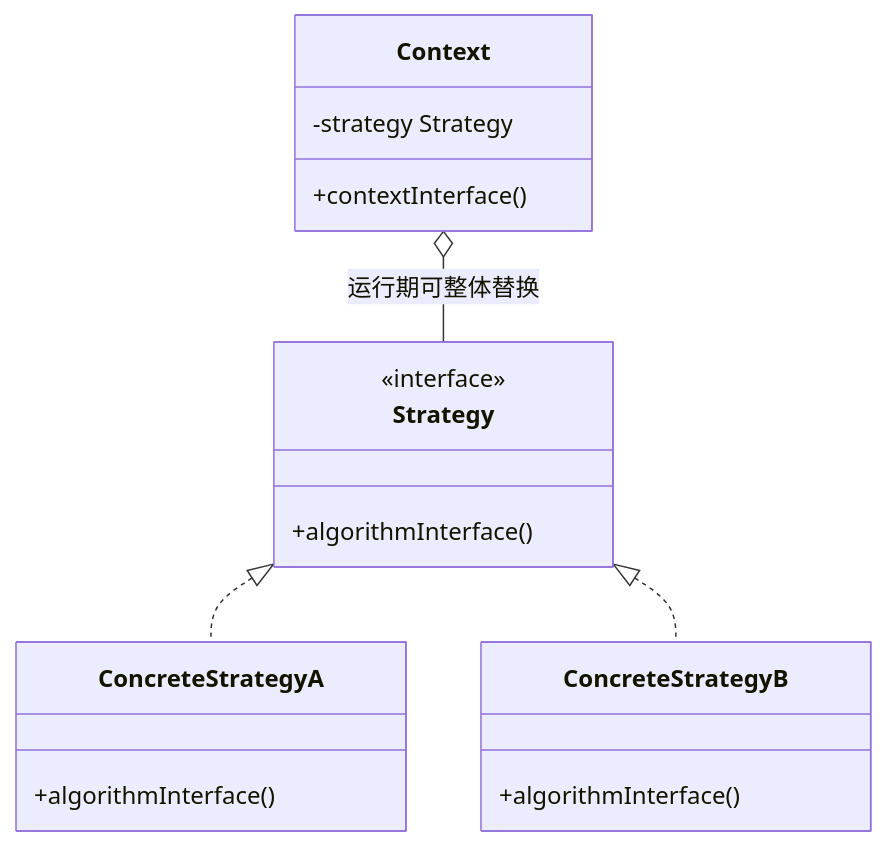
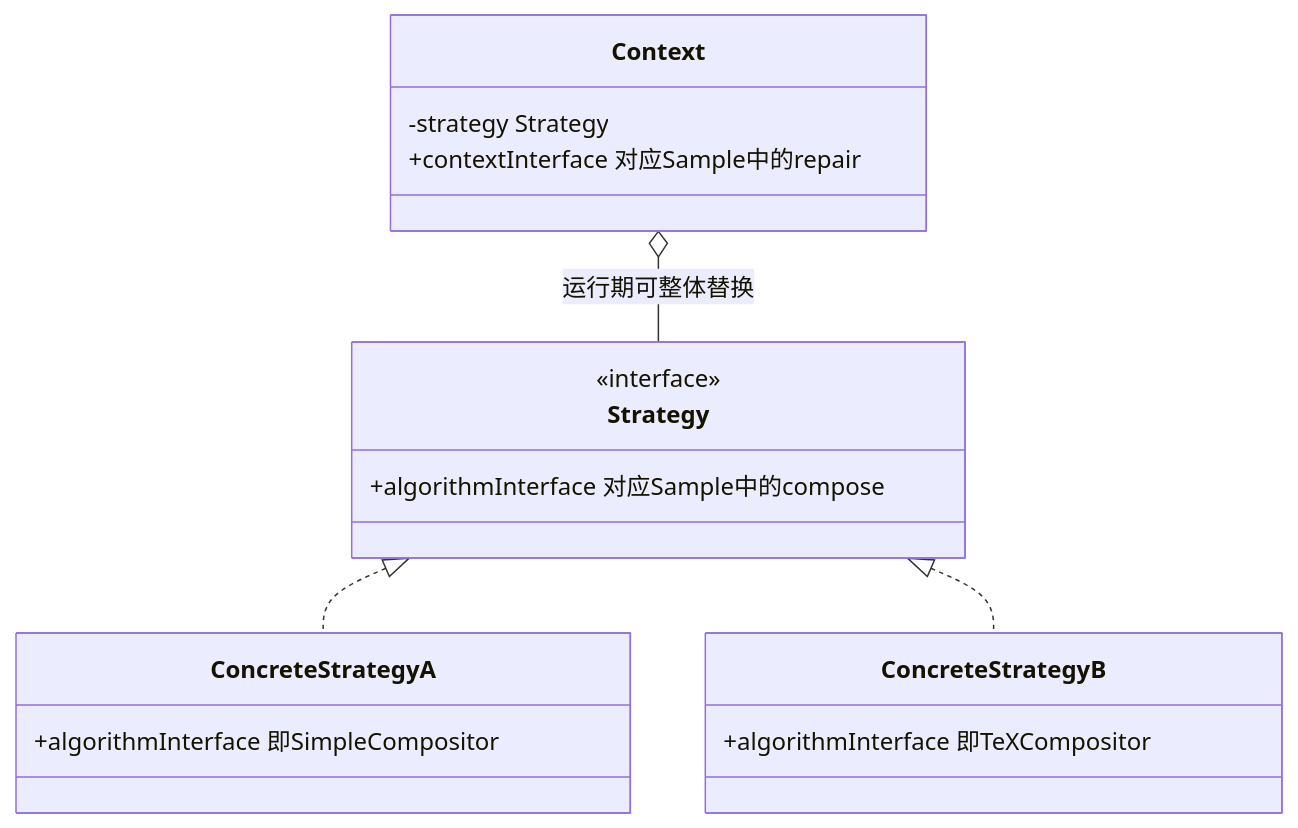
One commit to coswit/coswit.github.io changed the ninth of 11 diagrams in 设计模式/GoF/03-Behavioral-Patterns.md. Above: the diagram before and after it, drawn with Mermaid. The commit also changed other lines of this file and 11 other files, not shown here.

````diff
--- a/设计模式/GoF/03-Behavioral-Patterns.md
+++ b/设计模式/GoF/03-Behavioral-Patterns.md
@@ -1204,20 +1554,20 @@
 ```mermaid
 classDiagram
     class Context {
         -strategy Strategy
-        +contextInterface()
+        +contextInterface 对应Sample中的repair
     }
     class Strategy {
         <<interface>>
-        +algorithmInterface()
+        +algorithmInterface 对应Sample中的compose
     }
     class ConcreteStrategyA {
-        +algorithmInterface()
+        +algorithmInterface 即SimpleCompositor
     }
     class ConcreteStrategyB {
-        +algorithmInterface()
+        +algorithmInterface 即TeXCompositor
     }
     Strategy <|.. ConcreteStrategyA
     Strategy <|.. ConcreteStrategyB
     Context o-- Strategy : 运行期可整体替换
 ```
````
